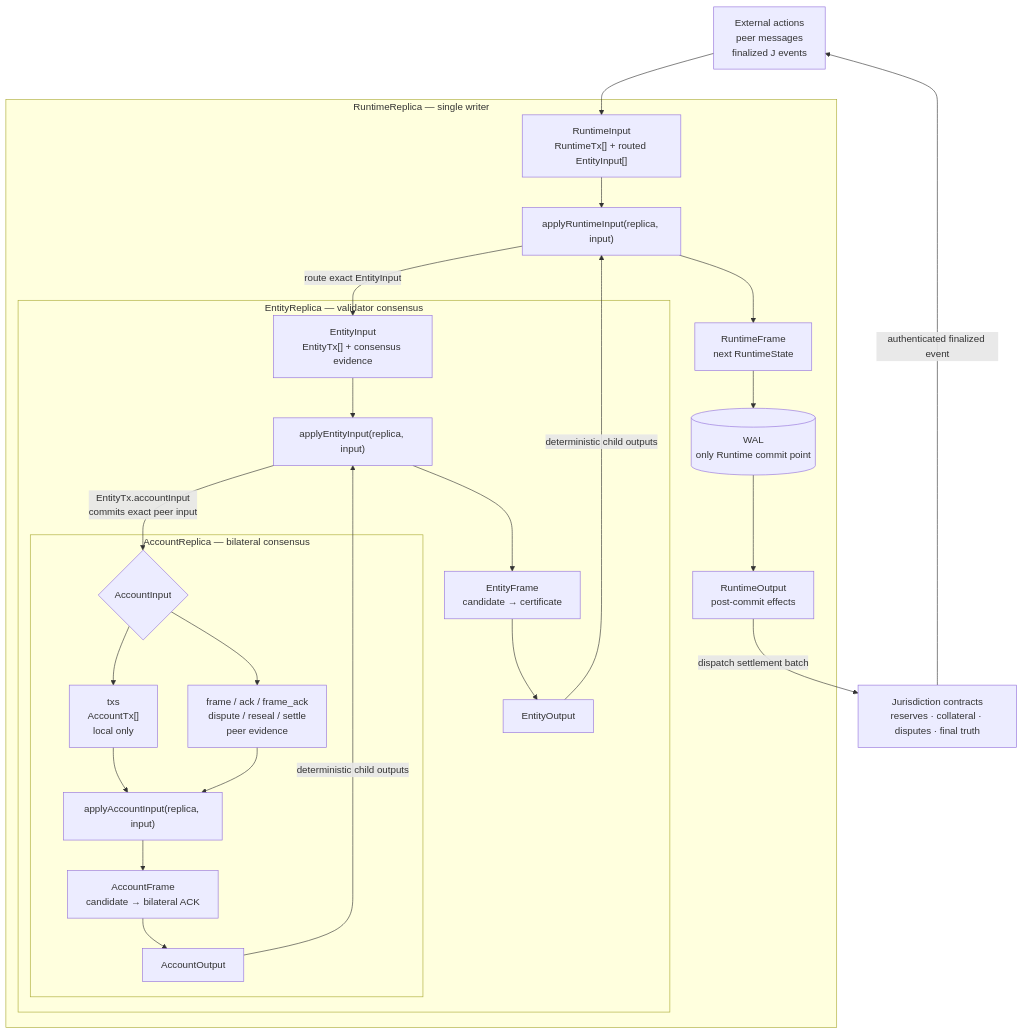
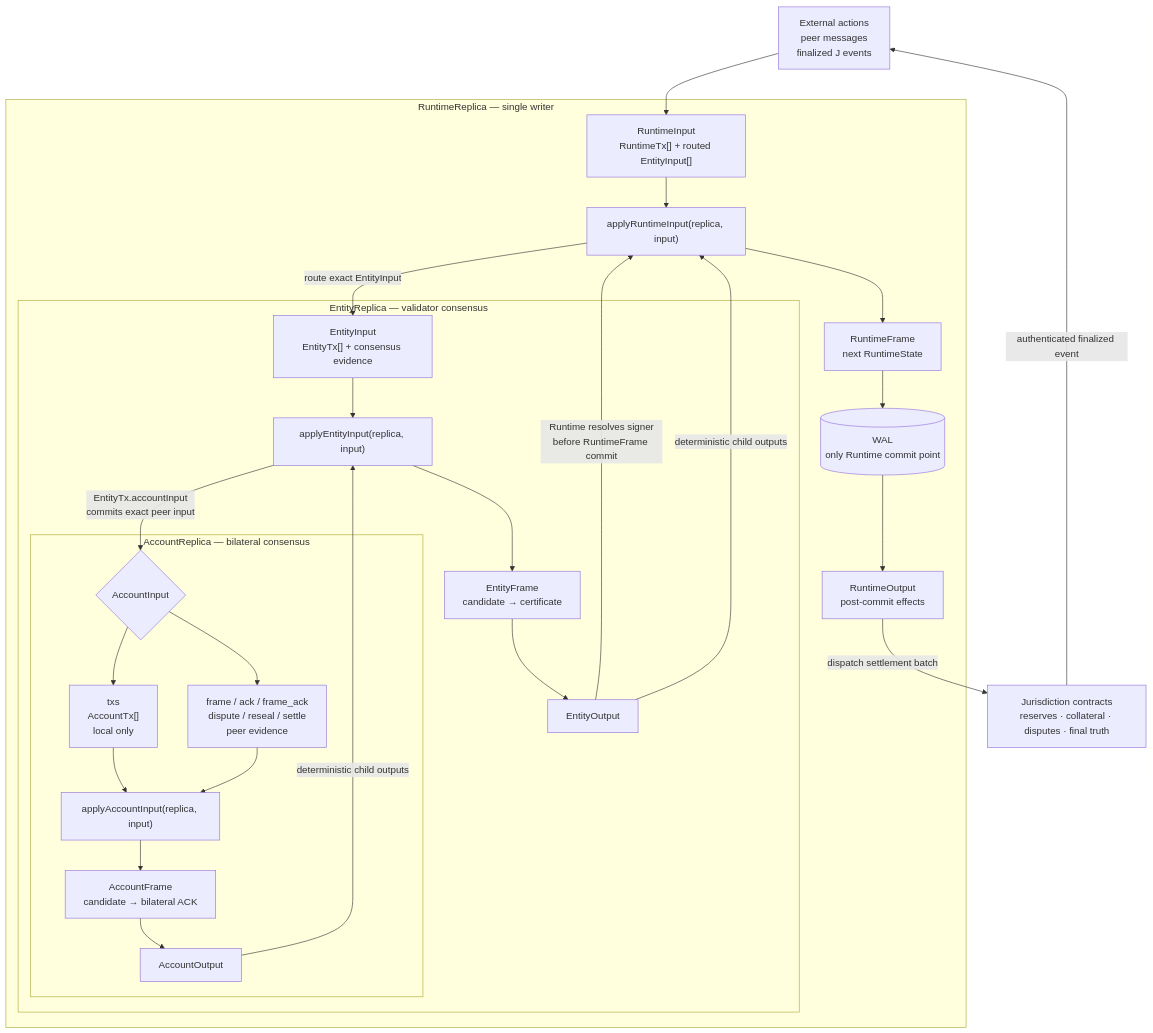
The diagram in readme.md (xlnfinance/xln), drawn with Mermaid before and after one commit. The commit also changed other lines of this file and 44 other files, not shown here.

````diff
--- a/readme.md
+++ b/readme.md
@@ -108,43 +114,44 @@
 ```mermaid
 flowchart TB
   EXT["External actions<br/>peer messages<br/>finalized J events"]
 
   subgraph R["RuntimeReplica — single writer"]
     RI["RuntimeInput<br/>RuntimeTx[] + routed EntityInput[]"]
     AR["applyRuntimeInput(replica, input)"]
     RF["RuntimeFrame<br/>next RuntimeState"]
     WAL[("WAL<br/>only Runtime commit point")]
     RO["RuntimeOutput<br/>post-commit effects"]
     RI --> AR --> RF --> WAL --> RO
 
     subgraph E["EntityReplica — validator consensus"]
       EI["EntityInput<br/>EntityTx[] + consensus evidence"]
       AE["applyEntityInput(replica, input)"]
       EF["EntityFrame<br/>candidate → certificate"]
       EO["EntityOutput"]
       EI --> AE --> EF --> EO
 
       subgraph A["AccountReplica — bilateral consensus"]
         AI{"AccountInput"}
         AT["txs<br/>AccountTx[]<br/>local only"]
         AP["frame / ack / frame_ack<br/>dispute / reseal / settle<br/>peer evidence"]
         AA["applyAccountInput(replica, input)"]
         AF["AccountFrame<br/>candidate → bilateral ACK"]
         AO["AccountOutput"]
         AI --> AT --> AA
         AI --> AP --> AA
         AA --> AF --> AO
       end
     end
   end
 
   J["Jurisdiction contracts<br/>reserves · collateral · disputes · final truth"]
 
   EXT --> RI
+  EO -- "Runtime resolves signer<br/>before RuntimeFrame commit" --> AR
   AR -- "route exact EntityInput" --> EI
   AE -- "EntityTx.accountInput<br/>commits exact peer input" --> AI
   EO -- "deterministic child outputs" --> AR
   AO -- "deterministic child outputs" --> AE
   RO -- "dispatch settlement batch" --> J
   J -- "authenticated finalized event" --> EXT
 ```
````
